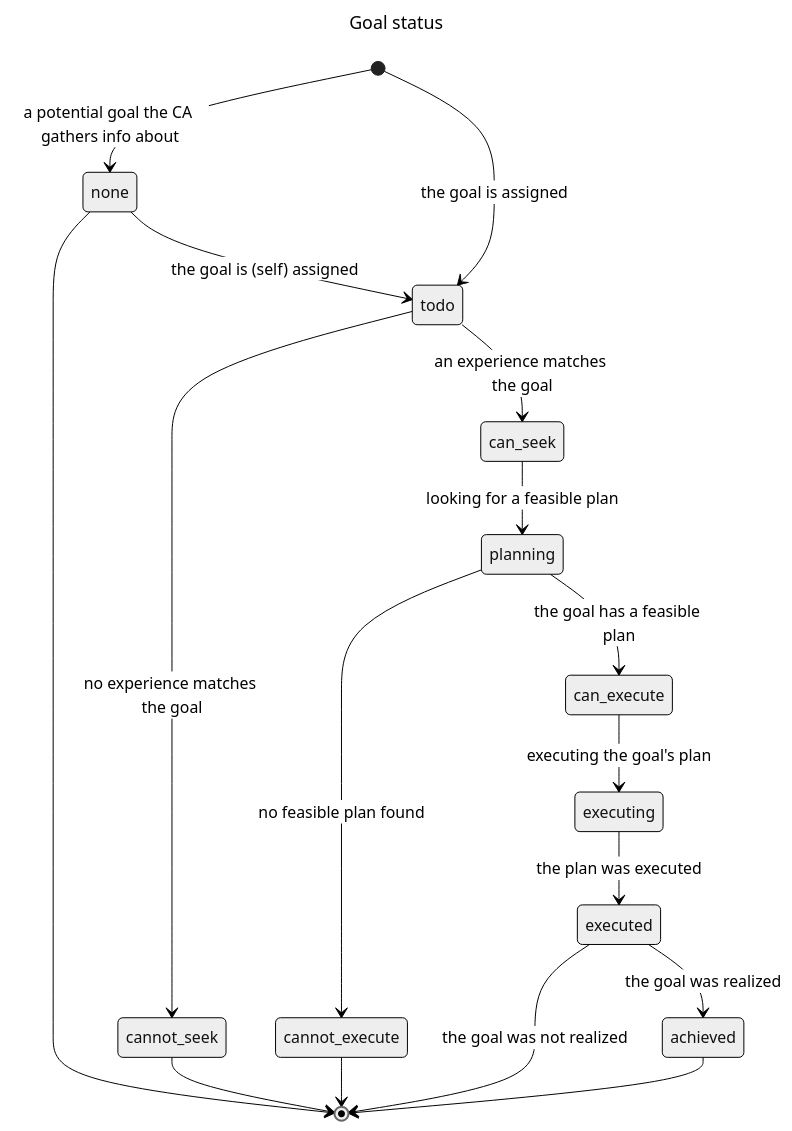
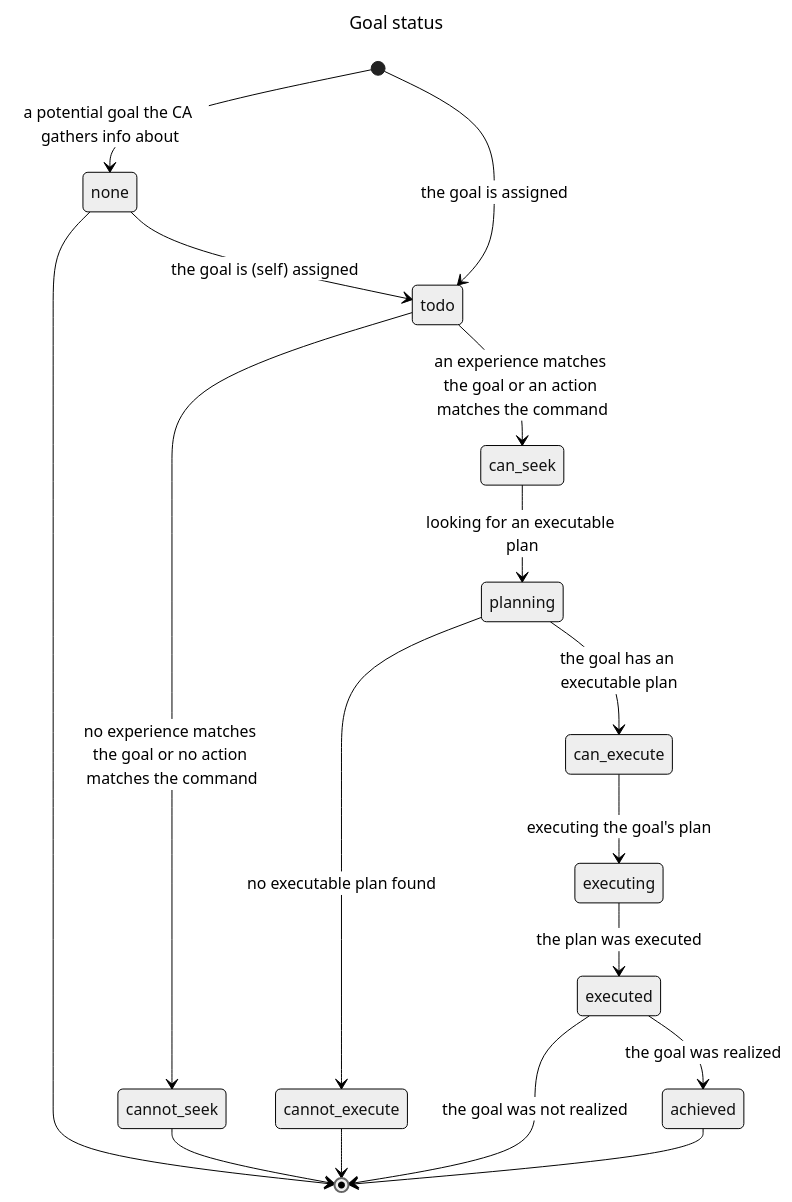
Before and after one commit to jfcloutier/karma_system: the first of 2 diagrams in design_notes/acting.md, drawn with Mermaid (neutral theme). The commit also changed other lines of this file, not shown here.

Commit message:
Directive :: Command | Goal Unified acting protocol including effector CAs

````diff
--- a/design_notes/acting.md
+++ b/design_notes/acting.md
@@ -267,22 +242,22 @@
 ```mermaid
 ---
 title: Goal status
 ---
 stateDiagram-v2
     [*] --> none : a potential goal the CA gathers info about
     none --> todo : the goal is (self) assigned
     [*] --> todo : the goal is assigned
     none --> [*]
-    todo --> can_seek : an experience matches the goal
-    todo --> cannot_seek: no experience matches the goal
+    todo --> can_seek : an experience matches the goal or an action matches the command
+    todo --> cannot_seek: no experience matches the goal or no action matches the command
     cannot_seek --> [*]
-    can_seek --> planning : looking for a feasible plan
-    planning --> can_execute : the goal has a feasible plan
-    planning --> cannot_execute : no feasible plan found
+    can_seek --> planning : looking for an executable plan
+    planning --> can_execute : the goal has an executable plan
+    planning --> cannot_execute : no executable plan found
     cannot_execute --> [*]
     can_execute --> executing : executing the goal's plan
     executing --> executed : the plan was executed
     executed --> achieved : the goal was realized
     executed --> [*] : the goal was not realized
     achieved --> [*]
 ```  
````
